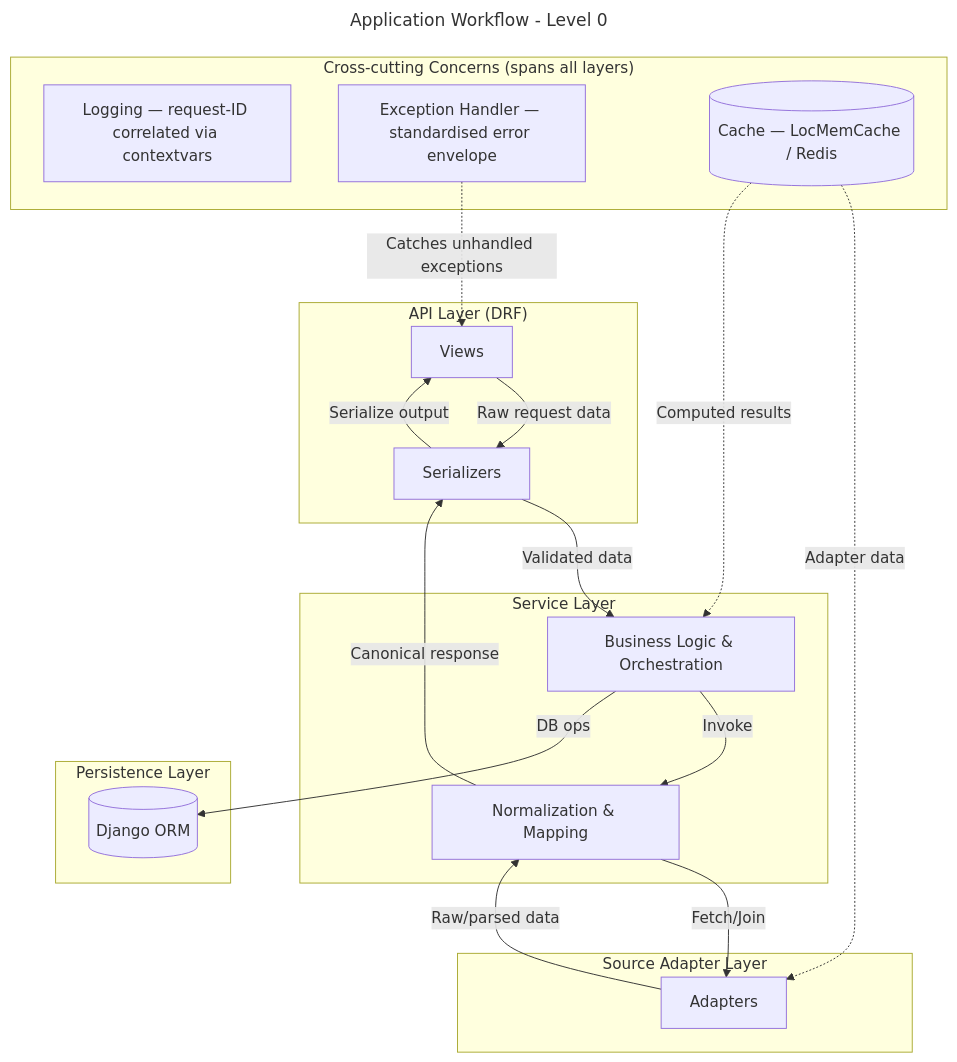
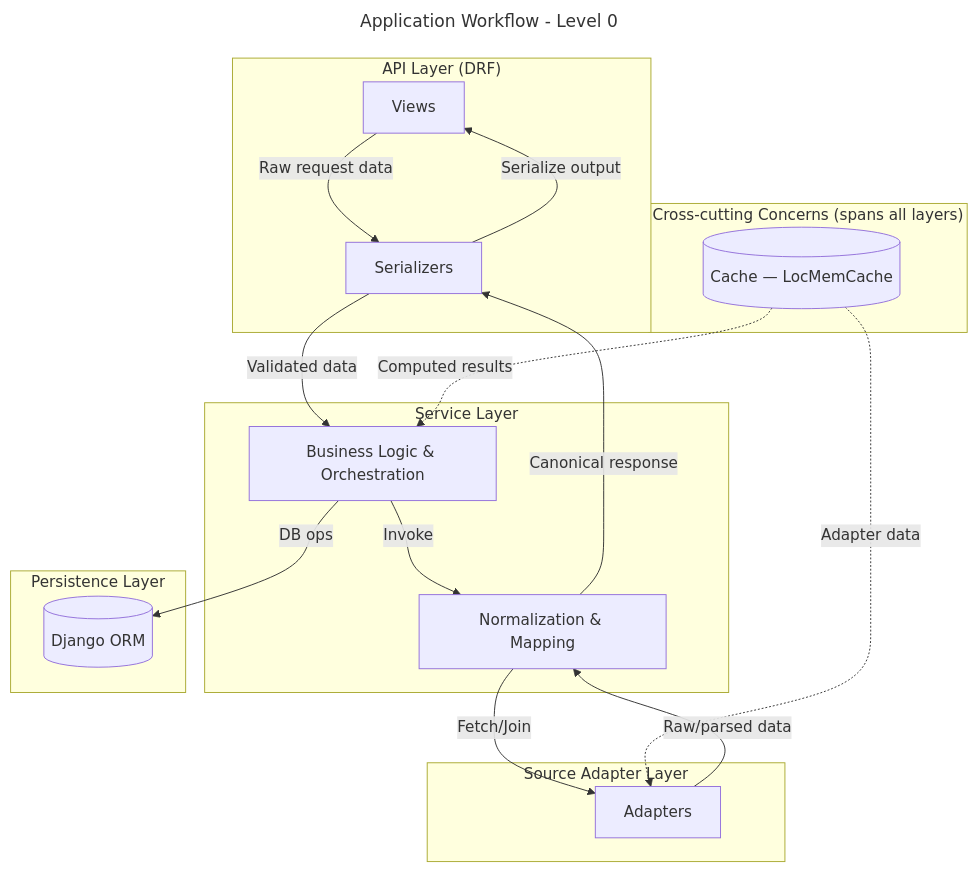
One commit to LewisCM14/django_auth changed the fifth of 11 diagrams in docs/spec.md. Above: the diagram before and after it, drawn with Mermaid. The commit also changed other lines of this file and 30 other files, not shown here.

````diff
--- a/docs/spec.md
+++ b/docs/spec.md
@@ -141,38 +214,35 @@
 ```mermaid
 ---
 title: Application Workflow - Level 0
 ---
 flowchart TD
     subgraph API_Layer["API Layer (DRF)"]
         V[Views]
         S[Serializers]
     end
     subgraph Service_Layer[Service Layer]
         BL[Business Logic & Orchestration]
         NORM[Normalization & Mapping]
     end
     subgraph Adapter_Layer[Source Adapter Layer]
         AD["Adapters"]
     end
     subgraph Persistence_Layer[Persistence Layer]
         DB[(Django ORM)]
     end
     subgraph Cross_Cutting["Cross-cutting Concerns (spans all layers)"]
-        LOG["Logging — request-ID correlated via contextvars"]
-        EXC["Exception Handler — standardised error envelope"]
-        CACHE[("Cache — LocMemCache / Redis")]
+        CACHE[("Cache — LocMemCache")]
     end
 
     V -->|Raw request data| S
     S -->|Validated data| BL
     BL -->|Invoke| NORM
     NORM -->|Fetch/Join| AD
     AD -->|Raw/parsed data| NORM
     BL -->|DB ops| DB
     NORM -->|Canonical response| S
     S -->|Serialize output| V
 
-    EXC -.->|Catches unhandled exceptions| V
     CACHE -.->|Adapter data| AD
     CACHE -.->|Computed results| BL
 ```
````
